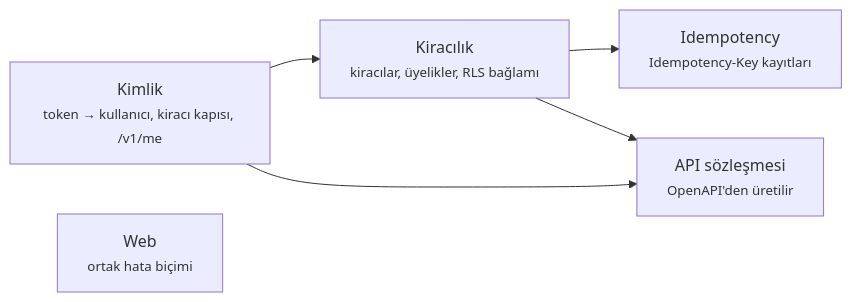
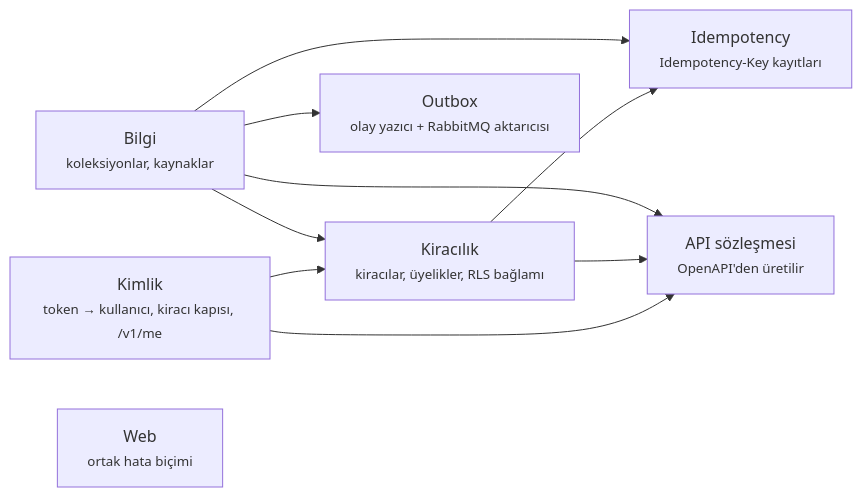
The diagram in docs/architecture/modules.md (Engineer-coding/meridian), drawn with Mermaid before and after one commit. The commit also changed other lines of this file and 31 other files, not shown here.

First line of the commit message:
feat(api): add collections, sources and transactional outbox to RabbitMQ

````diff
--- a/docs/architecture/modules.md
+++ b/docs/architecture/modules.md
@@ -8,13 +8,19 @@
 ```mermaid
 flowchart LR
     identity["Kimlik<br/><small>token → kullanıcı, kiracı kapısı, /v1/me</small>"]
     tenancy["Kiracılık<br/><small>kiracılar, üyelikler, RLS bağlamı</small>"]
     idempotency["Idempotency<br/><small>Idempotency-Key kayıtları</small>"]
+    knowledge["Bilgi<br/><small>koleksiyonlar, kaynaklar</small>"]
+    outbox["Outbox<br/><small>olay yazıcı + RabbitMQ aktarıcısı</small>"]
     web["Web<br/><small>ortak hata biçimi</small>"]
     contract["API sözleşmesi<br/><small>OpenAPI'den üretilir</small>"]
 
     identity --> tenancy
     identity --> contract
     tenancy --> idempotency
     tenancy --> contract
+    knowledge --> tenancy
+    knowledge --> idempotency
+    knowledge --> outbox
+    knowledge --> contract
 ```
````
